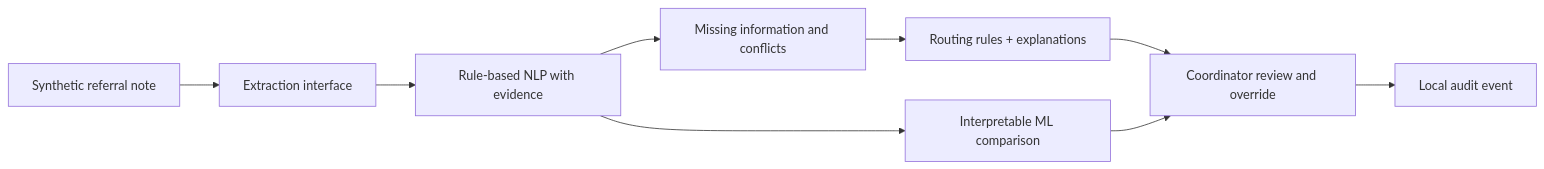
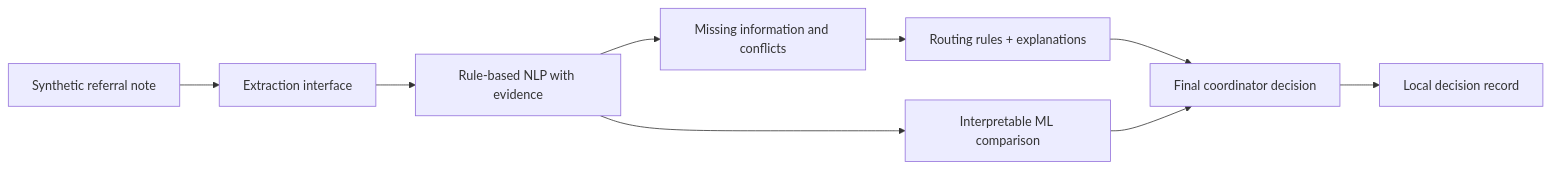
The diagram in README.md (Joshdhoman/clinical-ai-transfer-assistant), drawn with Mermaid before and after one commit. The commit also changed other lines of this file and 11 other files, not shown here.

Commit message:
Clarify final coordinator decision workflow

````diff
--- a/README.md
+++ b/README.md
@@ -22,11 +22,11 @@
 ```mermaid
 flowchart LR
     A[Synthetic referral note] --> B[Extraction interface]
     B --> C[Rule-based NLP with evidence]
     C --> D[Missing information and conflicts]
     D --> E[Routing rules + explanations]
     C --> F[Interpretable ML comparison]
-    E --> G[Coordinator review and override]
+    E --> G[Final coordinator decision]
     F --> G
-    G --> H[Local audit event]
+    G --> H[Local decision record]
 ```
````
